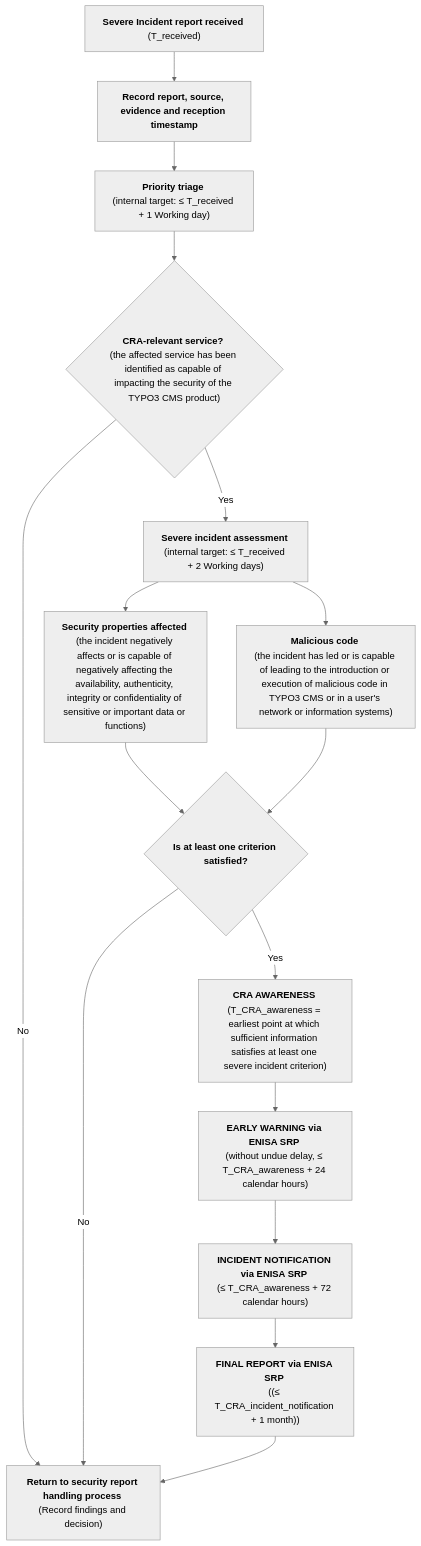
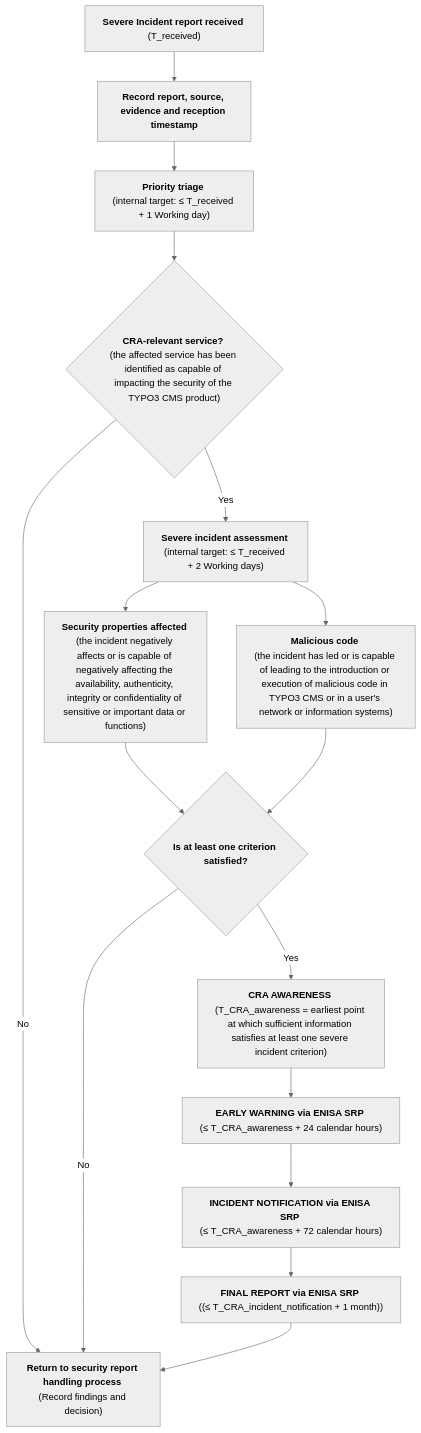
The diagram in templates/severe-incident-process.md (rfoucard/cra-fast-track), drawn with Mermaid (neutral theme) before and after one commit.

````diff
--- a/templates/severe-incident-process.md
+++ b/templates/severe-incident-process.md
@@ -15,32 +15,32 @@
 ```mermaid
 flowchart TD
 
     A["<strong>Severe&nbsp;Incident&nbsp;report&nbsp;received</strong> \n(T_received)"] --> B["<strong>Record&nbsp;report,&nbsp;source, evidence and reception timestamp</strong>"]
 
     B --> C["<strong>Priority triage</strong> \n(internal&nbsp;target:&nbsp;≤&nbsp;T_received + 1 Working day)"]
 
     C --> D{"<strong>CRA-relevant service?</strong> (the&nbsp;affected&nbsp;service&nbsp;has&nbsp;been identified as capable of impacting the security of the TYPO3 CMS product)"}
 
     D -- "No" --> X["<strong>Return to security report handling process</strong> \n(Record findings and decision)"]
 
     D -- "Yes" --> E["<strong>Severe&nbsp;incident&nbsp;assessment</strong> \n(internal&nbsp;target:&nbsp;≤&nbsp;T_received + 2 Working days)"]
 
     E --> F["<strong>Security&nbsp;properties&nbsp;affected</strong> (the incident negatively affects or is capable of negatively affecting the availability, authenticity, integrity or confidentiality of sensitive or important data or functions)"]
 
     E --> G["<strong>Malicious&nbsp;code</strong> (the&nbsp;incident&nbsp;has&nbsp;led&nbsp;or&nbsp;is&nbsp;capable of leading to the introduction or execution of malicious code in TYPO3 CMS or in a user's network or information systems)"]
 
     F --> J{"<strong>Is at least one criterion satisfied?</strong>"}
     G --> J
 
     J -- "No" --> X
-    J -- "Yes" --> L["<strong>CRA AWARENESS</strong> \n(T_CRA_awareness = earliest point at which sufficient information satisfies at least one severe incident criterion)"]
+    J -- "Yes" --> L["<strong>CRA AWARENESS</strong> \n(T_CRA_awareness&nbsp;=&nbsp;earliest&nbsp;point at which sufficient information satisfies at least one severe incident criterion)"]
 
-    L --> M["<strong>EARLY WARNING via ENISA SRP</strong> \n(without undue delay, ≤ T_CRA_awareness + 24 calendar hours)"]
+    L --> M["<strong>EARLY WARNING via ENISA SRP</strong> \n(≤&nbsp;T_CRA_awareness&nbsp;+&nbsp;24&nbsp;calendar&nbsp;hours)"]
 
-    M --> N["<strong>INCIDENT NOTIFICATION via ENISA SRP</strong> \n(≤ T_CRA_awareness + 72 calendar hours)"]
+    M --> N["<strong>INCIDENT NOTIFICATION via ENISA SRP</strong> \n(≤&nbsp;T_CRA_awareness&nbsp;+&nbsp;72&nbsp;calendar&nbsp;hours)"]
 
-    N --> O["<strong>FINAL REPORT via ENISA SRP</strong> \n((≤ T_CRA_incident_notification + 1 month))"]
+    N --> O["<strong>FINAL REPORT via ENISA SRP</strong> \n((≤&nbsp;T_CRA_incident_notification&nbsp;+&nbsp;1&nbsp;month))"]
 
     O --> X
 
 ```
````
